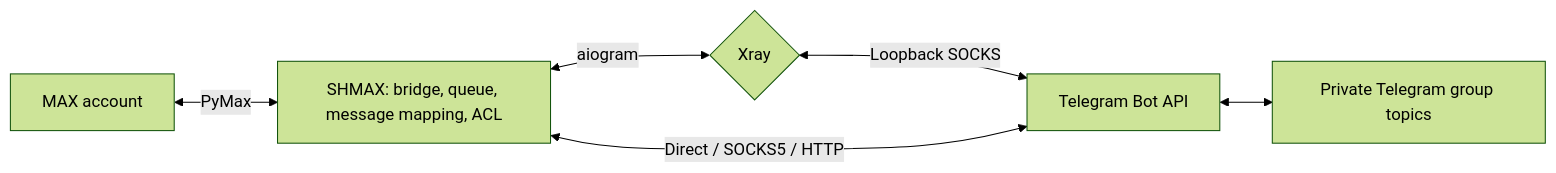
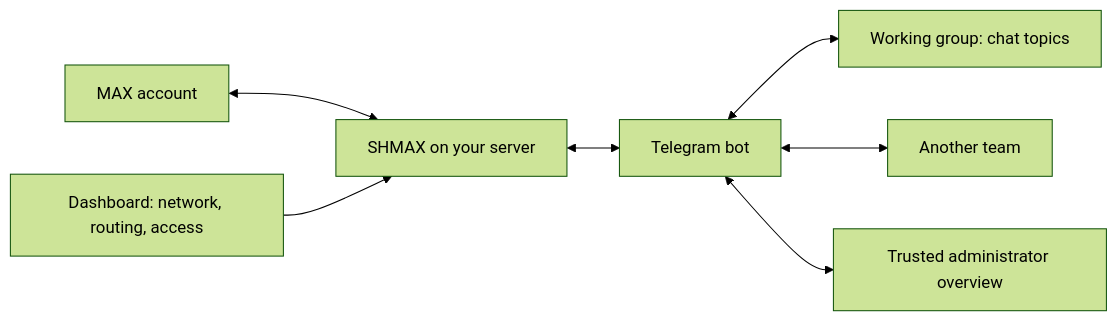
The diagram in README.en.md (SHMAX-Project/SHMAX), drawn with Mermaid (forest theme) before and after one commit. The commit also changed other lines of this file and 5 other files, not shown here.

````diff
--- a/README.en.md
+++ b/README.en.md
@@ -156,8 +111,9 @@
 ```mermaid
 flowchart LR
-    MAX["MAX account"] <-->|PyMax| CORE["SHMAX: bridge, queue, message mapping, ACL"]
-    CORE <-->|aiogram| XRAY{"Xray"}
-    XRAY <-->|"Loopback SOCKS"| TG["Telegram Bot API"]
-    CORE <-->|"Direct / SOCKS5 / HTTP"| TG
-    TG <--> FORUM["Private Telegram group topics"]
+    MAX["MAX account"] <--> CORE["SHMAX on your server"]
+    CORE <--> TG["Telegram bot"]
+    TG <--> A["Working group: chat topics"]
+    TG <--> B["Another team"]
+    TG <--> ADMIN["Trusted administrator overview"]
+    WEB["Dashboard: network, routing, access"] --> CORE
 ```
````
